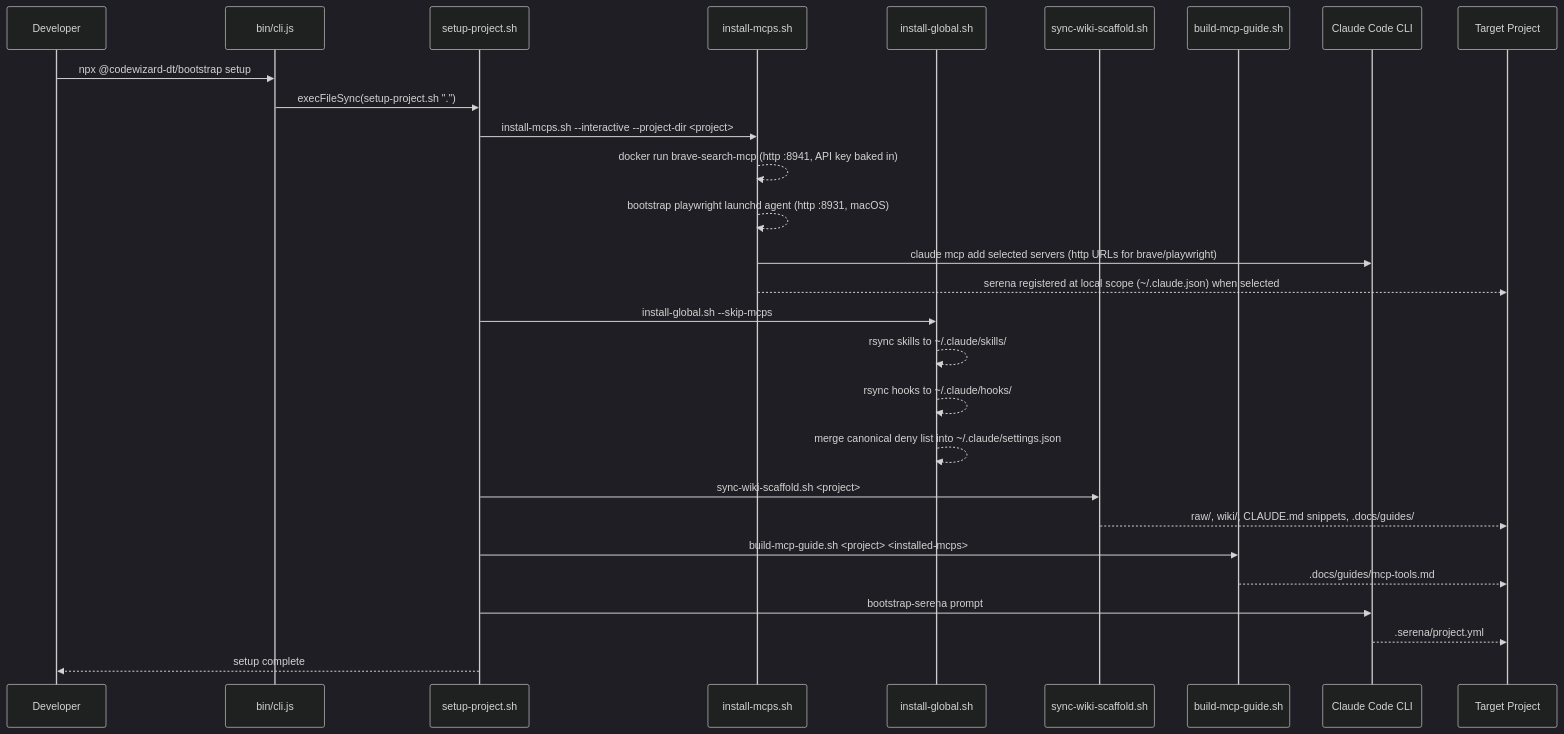
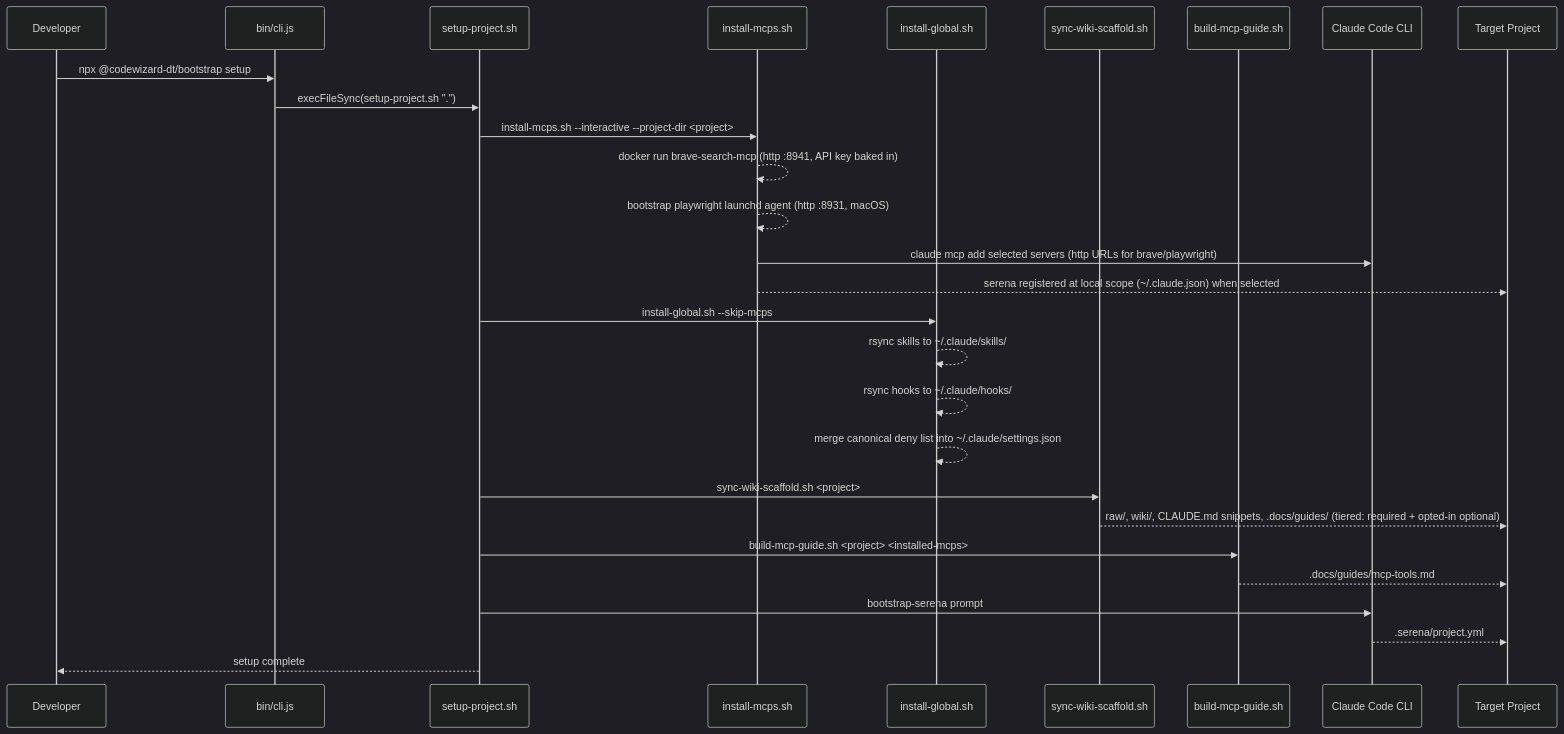
One commit to codewizard-dt/bootstrap-claude changed the second of 3 diagrams in README.md. Above: the diagram before and after it, drawn with Mermaid (dark theme). The commit also changed 18 other files, not shown here.

Commit message:
[minor] Release 2.12.0: tiered .docs/guides delivery (required/opt-in/deploy-only), delete redundant task-spec + mcp-tools monolith, scrub private repo names from type-checking templates, templates-first typecheck prompt

````diff
--- a/README.md
+++ b/README.md
@@ -190,31 +190,31 @@
 ```mermaid
 sequenceDiagram
   participant Dev as Developer
   participant CLI as bin/cli.js
   participant Setup as setup-project.sh
   participant MCP as install-mcps.sh
   participant Global as install-global.sh
   participant Wiki as sync-wiki-scaffold.sh
   participant Guide as build-mcp-guide.sh
   participant Claude as Claude Code CLI
   participant Project as Target Project
 
   Dev->>CLI: npx @codewizard-dt/bootstrap setup
   CLI->>Setup: execFileSync(setup-project.sh ".")
   Setup->>MCP: install-mcps.sh --interactive --project-dir <project>
   MCP-->>MCP: docker run brave-search-mcp (http :8941, API key baked in)
   MCP-->>MCP: bootstrap playwright launchd agent (http :8931, macOS)
   MCP->>Claude: claude mcp add selected servers (http URLs for brave/playwright)
   MCP-->>Project: serena registered at local scope (~/.claude.json) when selected
   Setup->>Global: install-global.sh --skip-mcps
   Global-->>Global: rsync skills to ~/.claude/skills/
   Global-->>Global: rsync hooks to ~/.claude/hooks/
   Global-->>Global: merge canonical deny list into ~/.claude/settings.json
   Setup->>Wiki: sync-wiki-scaffold.sh <project>
-  Wiki-->>Project: raw/, wiki/, CLAUDE.md snippets, .docs/guides/
+  Wiki-->>Project: raw/, wiki/, CLAUDE.md snippets, .docs/guides/ (tiered: required + opted-in optional)
   Setup->>Guide: build-mcp-guide.sh <project> <installed-mcps>
   Guide-->>Project: .docs/guides/mcp-tools.md
   Setup->>Claude: bootstrap-serena prompt
   Claude-->>Project: .serena/project.yml
   Setup-->>Dev: setup complete
 ```
````
